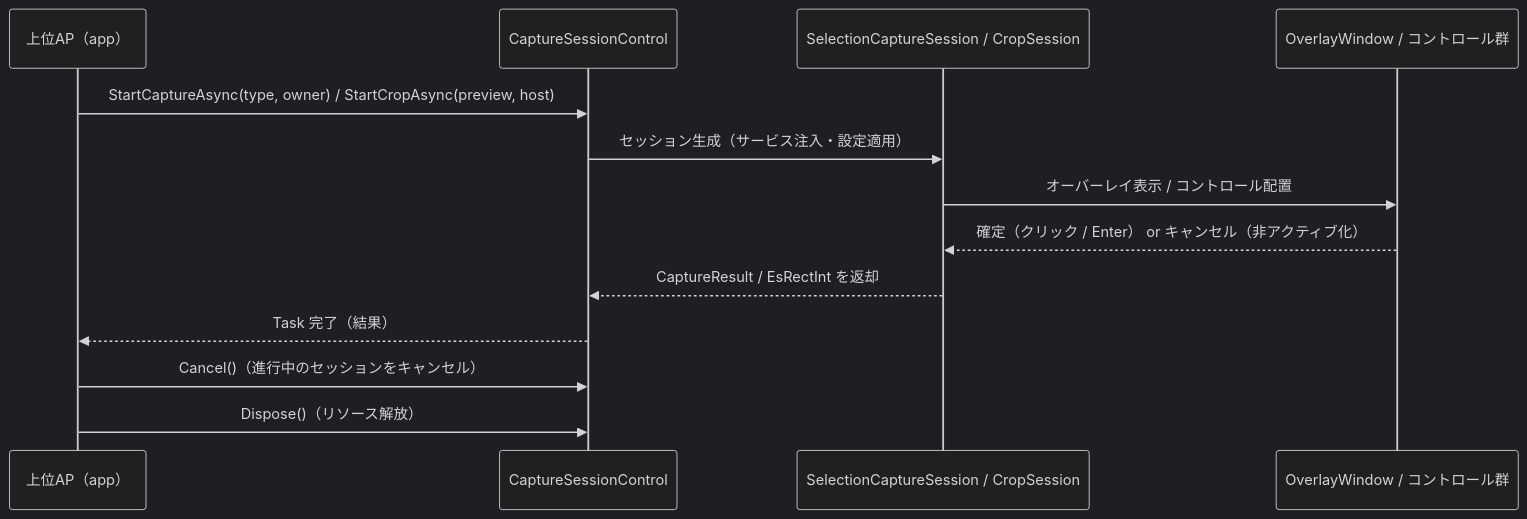
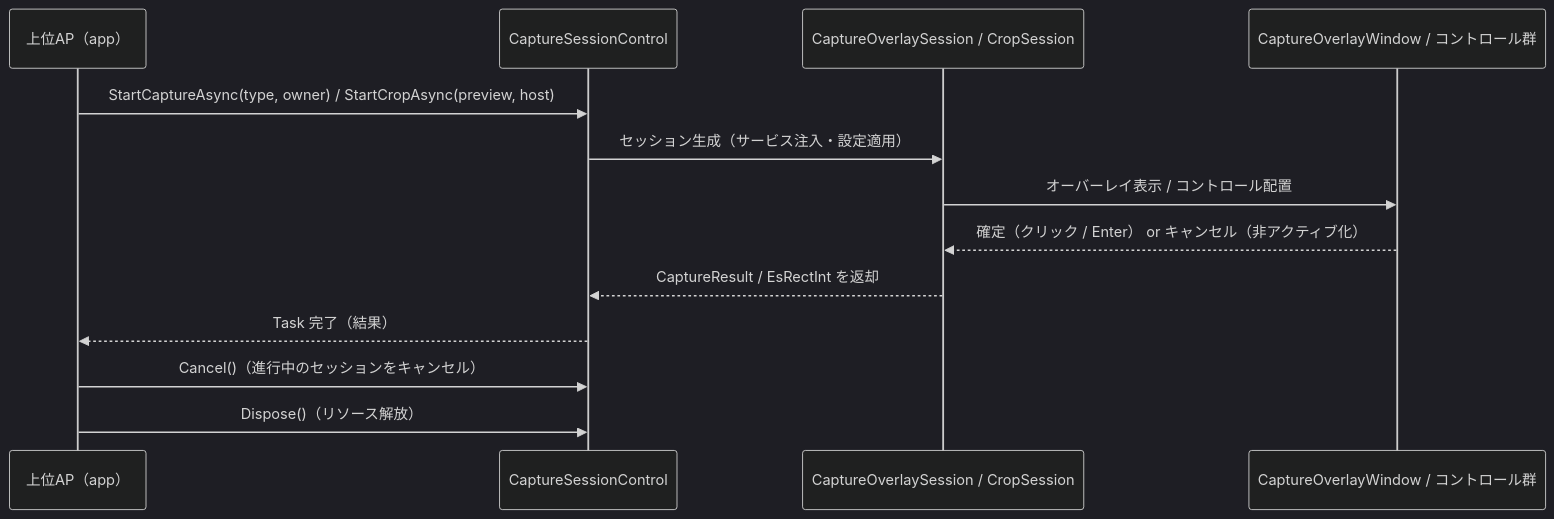
One commit to tomokuni/SaveEvidence changed the second of 2 diagrams in src/Parts.CapturePreviewControl.AvaloniaUI/docs/SPEC_System.md. Above: the diagram before and after it, drawn with Mermaid (dark theme). The commit also changed other lines of this file and 192 other files, not shown here.

````diff
--- a/src/Parts.CapturePreviewControl.AvaloniaUI/docs/SPEC_System.md
+++ b/src/Parts.CapturePreviewControl.AvaloniaUI/docs/SPEC_System.md
@@ -332,16 +332,16 @@
 ```mermaid
 sequenceDiagram
     participant AP as 上位AP（app）
     participant Fac as CaptureSessionControl
-    participant S as SelectionCaptureSession / CropSession
-    participant OW as OverlayWindow / コントロール群
+    participant S as CaptureOverlaySession / CropSession
+    participant OW as CaptureOverlayWindow / コントロール群
 
     AP->>Fac: StartCaptureAsync(type, owner) / StartCropAsync(preview, host)
     Fac->>S: セッション生成（サービス注入・設定適用）
     S->>OW: オーバーレイ表示 / コントロール配置
     OW-->>S: 確定（クリック / Enter） or キャンセル（非アクティブ化）
     S-->>Fac: CaptureResult / EsRectInt を返却
     Fac-->>AP: Task 完了（結果）
     AP->>Fac: Cancel()（進行中のセッションをキャンセル）
     AP->>Fac: Dispose()（リソース解放）
 ```
````
